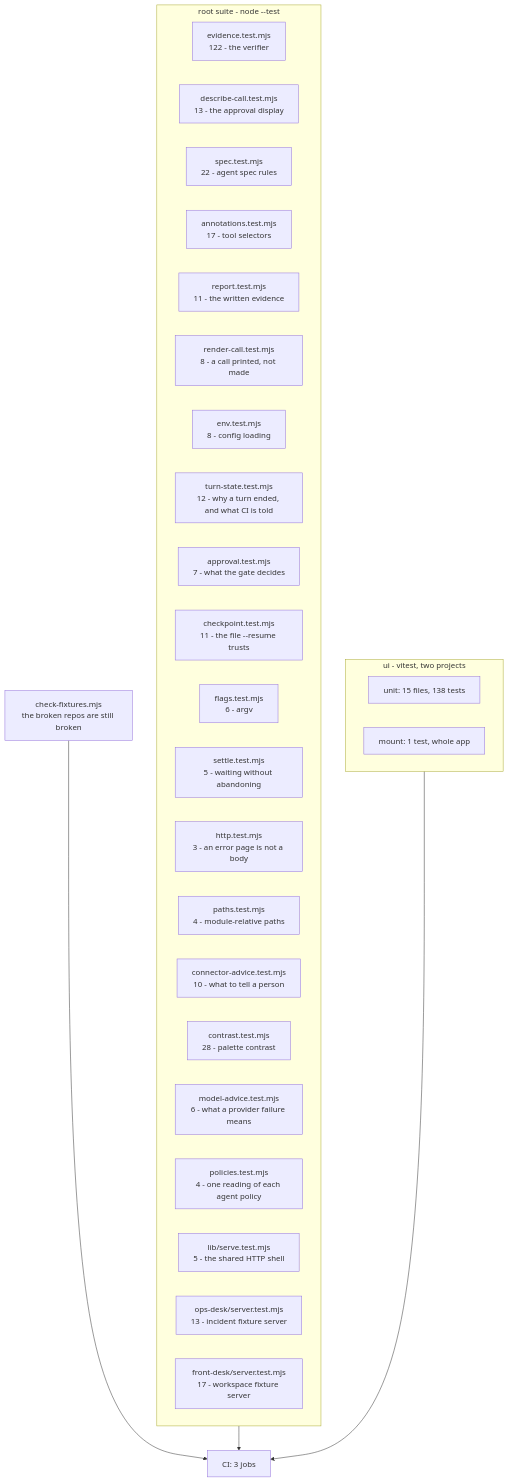
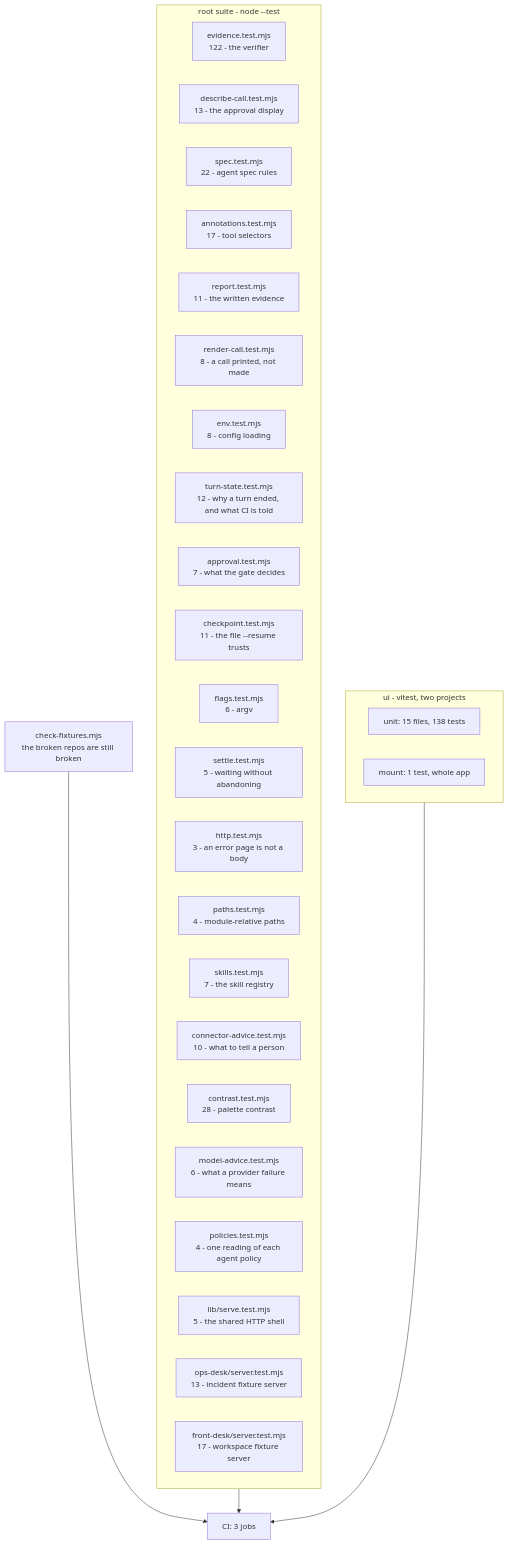
The diagram in TESTING.md (manumishra12/quartermaster), drawn with Mermaid before and after one commit. The commit also changed other lines of this file and 3 other files, not shown here.

````diff
--- a/TESTING.md
+++ b/TESTING.md
@@ -30,37 +30,38 @@
 ```mermaid
 flowchart TD
   subgraph root["root suite - node --test"]
     EV["evidence.test.mjs<br/>122 - the verifier"]
     DC["describe-call.test.mjs<br/>13 - the approval display"]
     SP["spec.test.mjs<br/>22 - agent spec rules"]
     AN["annotations.test.mjs<br/>17 - tool selectors"]
     RP["report.test.mjs<br/>11 - the written evidence"]
     RC["render-call.test.mjs<br/>8 - a call printed, not made"]
     EN["env.test.mjs<br/>8 - config loading"]
     TS["turn-state.test.mjs<br/>12 - why a turn ended, and what CI is told"]
     AP["approval.test.mjs<br/>7 - what the gate decides"]
     CK["checkpoint.test.mjs<br/>11 - the file --resume trusts"]
     FL["flags.test.mjs<br/>6 - argv"]
     ST["settle.test.mjs<br/>5 - waiting without abandoning"]
     HT["http.test.mjs<br/>3 - an error page is not a body"]
     PA["paths.test.mjs<br/>4 - module-relative paths"]
+    SK["skills.test.mjs<br/>7 - the skill registry"]
     CA["connector-advice.test.mjs<br/>10 - what to tell a person"]
     CO["contrast.test.mjs<br/>28 - palette contrast"]
     MA["model-advice.test.mjs<br/>6 - what a provider failure means"]
     PO["policies.test.mjs<br/>4 - one reading of each agent policy"]
     SV["lib/serve.test.mjs<br/>5 - the shared HTTP shell"]
     OD["ops-desk/server.test.mjs<br/>13 - incident fixture server"]
     FD["front-desk/server.test.mjs<br/>17 - workspace fixture server"]
   end
 
   subgraph ui["ui - vitest, two projects"]
     U1["unit: 15 files, 138 tests"]
     U2["mount: 1 test, whole app"]
   end
 
   FX["check-fixtures.mjs<br/>the broken repos are still broken"]
 
   root --> CI["CI: 3 jobs"]
   ui --> CI
   FX --> CI
 ```
````
